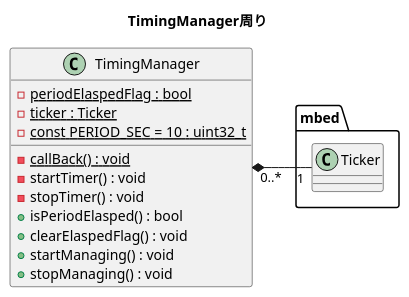
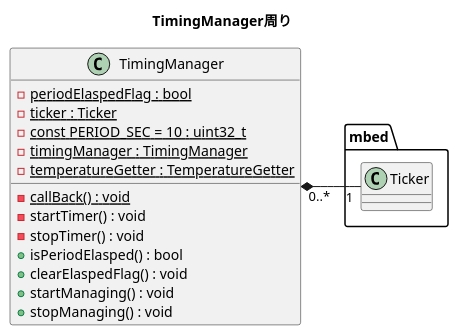
One commit to goheisystem/softwareDocuments changed the diagram in UML/class/timingmanager.plantuml. Above: the diagram before and after it, drawn with PlantUML. The commit also changed 1 other file, not shown here.

```diff
--- a/UML/class/timingmanager.plantuml
+++ b/UML/class/timingmanager.plantuml
@@ -1,25 +1,27 @@
 @startuml
 title TimingManager周り
 
 left to right direction
 
 class "TimingManager" as ClassTimingManager{
   -{static}periodElaspedFlag : bool
   -{static}ticker : Ticker
   -{static}callBack() : void
   -startTimer() : void
   -stopTimer() : void
   +isPeriodElasped() : bool
   +clearElaspedFlag() : void
   +startManaging() : void
   +stopManaging() : void
   -{static}const PERIOD_SEC = 10 : uint32_t
+  -{static}timingManager : TimingManager
+  -{static}temperatureGetter : TemperatureGetter
 }
 
 package "mbed" as PackageMBED{
   class "Ticker" as ClassTicker{
   }
 }
 
 ClassTimingManager "0..*" *-- "1" ClassTicker
 @enduml
```
